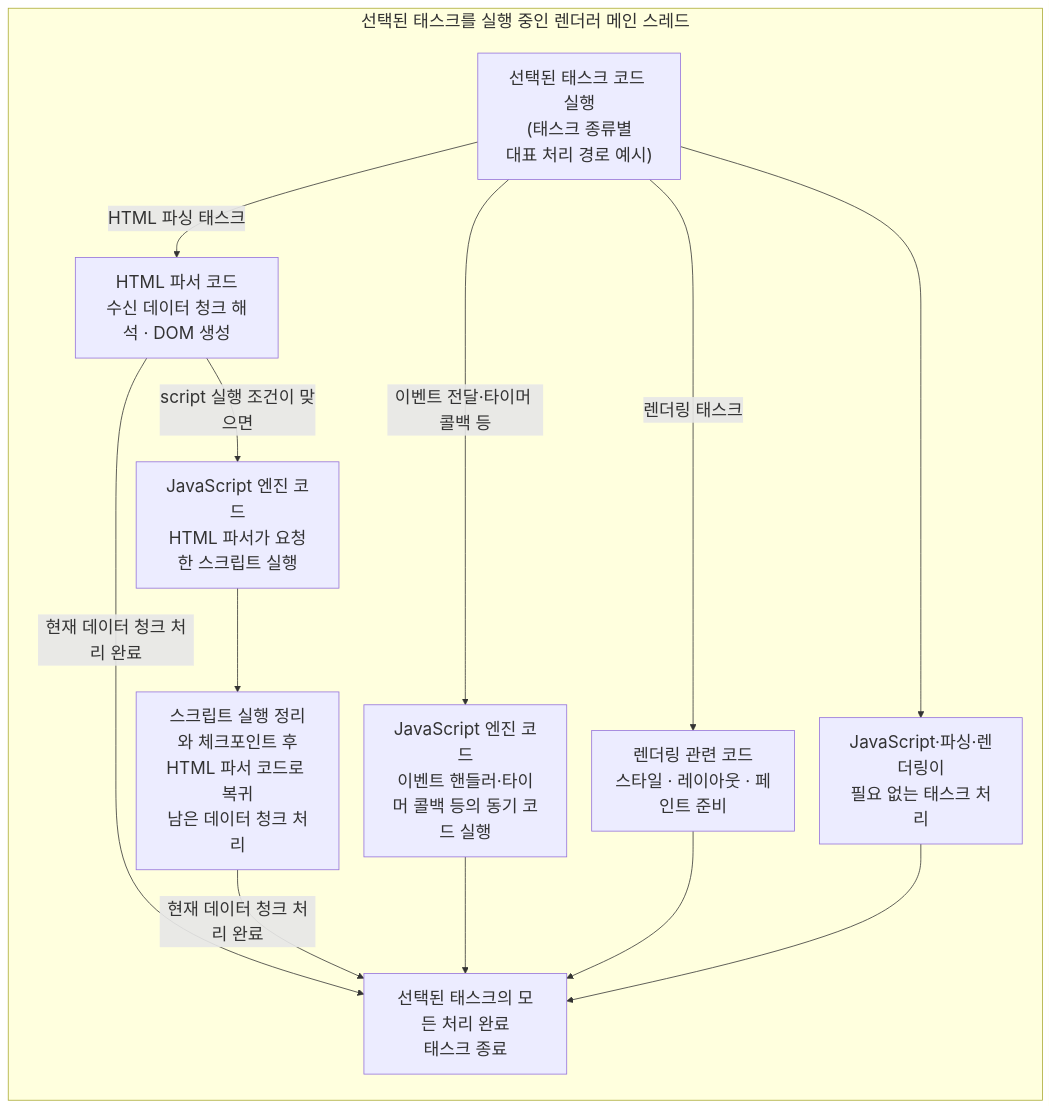
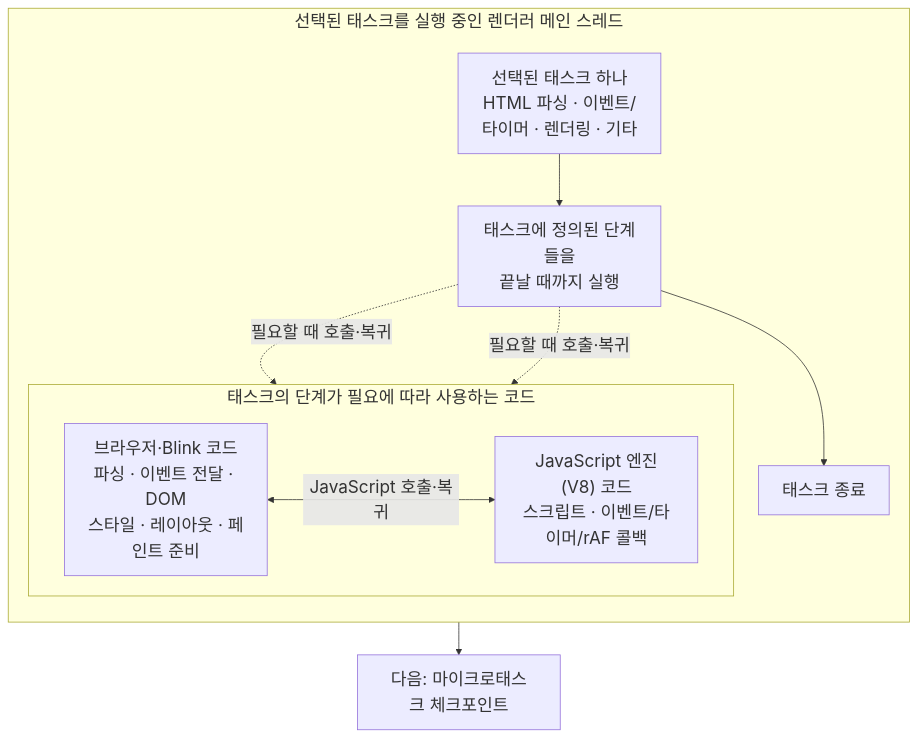
One commit to lee-gimoon/futures-paper-trading changed the third of 3 diagrams in docs/frontend-study/06-main-thread-call-stack-and-event-loop.md. Above: the diagram before and after it, drawn with Mermaid. The commit also changed other lines of this file, not shown here.

Commit message:
docs: clarify browser task execution diagram

````diff
--- a/docs/frontend-study/06-main-thread-call-stack-and-event-loop.md
+++ b/docs/frontend-study/06-main-thread-call-stack-and-event-loop.md
@@ -108,27 +108,23 @@
 ```mermaid
 %%{init: {"themeVariables": {"fontSize": "22px"}, "flowchart": {"nodeSpacing": 32, "rankSpacing": 42, "subGraphTitleMargin": {"top": 0, "bottom": 24}}}}%%
 flowchart TB
   subgraph MAIN["선택된 태스크를 실행 중인 렌더러 메인 스레드"]
     direction TB
-    TASK["선택된 태스크 코드 실행<br/>(태스크 종류별<br/>대표 처리 경로 예시)"]
-    PARSER["HTML 파서 코드<br/>수신 데이터 청크 해석 · DOM 생성"]
-    SCRIPT_JS["JavaScript 엔진 코드<br/>HTML 파서가 요청한 스크립트 실행"]
-    PARSER_RESUME["스크립트 실행 정리와 체크포인트 후<br/>HTML 파서 코드로 복귀<br/>남은 데이터 청크 처리"]
-    TASK_JS["JavaScript 엔진 코드<br/>이벤트 핸들러·타이머 콜백 등의 동기 코드 실행"]
-    RENDER_CODE["렌더링 관련 코드<br/>스타일 · 레이아웃 · 페인트 준비"]
-    OTHER["JavaScript·파싱·렌더링이<br/>필요 없는 태스크 처리"]
-    TASK_DONE["선택된 태스크의 모든 처리 완료<br/>태스크 종료"]
+    TASK["선택된 태스크 하나<br/>HTML 파싱 · 이벤트/타이머 · 렌더링 · 기타"]
+    STEPS["태스크에 정의된 단계들을<br/>끝날 때까지 실행"]
+    TASK_DONE["태스크 종료"]
 
-    TASK -->|"HTML 파싱 태스크"| PARSER
-    PARSER -->|"script 실행 조건이 맞으면"| SCRIPT_JS
-    PARSER -->|"현재 데이터 청크 처리 완료"| TASK_DONE
-    SCRIPT_JS --> PARSER_RESUME
-    PARSER_RESUME -->|"현재 데이터 청크 처리 완료"| TASK_DONE
-    TASK -->|"이벤트 전달·타이머 콜백 등"| TASK_JS
-    TASK_JS --> TASK_DONE
-    TASK -->|"렌더링 태스크"| RENDER_CODE
-    RENDER_CODE --> TASK_DONE
-    TASK --> OTHER
-    OTHER --> TASK_DONE
+    subgraph CODE["태스크의 단계가 필요에 따라 사용하는 코드"]
+      direction LR
+      BROWSER_CODE["브라우저·Blink 코드<br/>파싱 · 이벤트 전달 · DOM<br/>스타일 · 레이아웃 · 페인트 준비"]
+      JS_CODE["JavaScript 엔진(V8) 코드<br/>스크립트 · 이벤트/타이머/rAF 콜백"]
+      BROWSER_CODE <-->|"JavaScript 호출·복귀"| JS_CODE
+    end
+
+    TASK --> STEPS --> TASK_DONE
+    STEPS -.->|"필요할 때 호출·복귀"| BROWSER_CODE
+    STEPS -.->|"필요할 때 호출·복귀"| JS_CODE
   end
+
+  TASK_DONE --> CHECKPOINT["다음: 마이크로태스크 체크포인트"]
 ```
````
